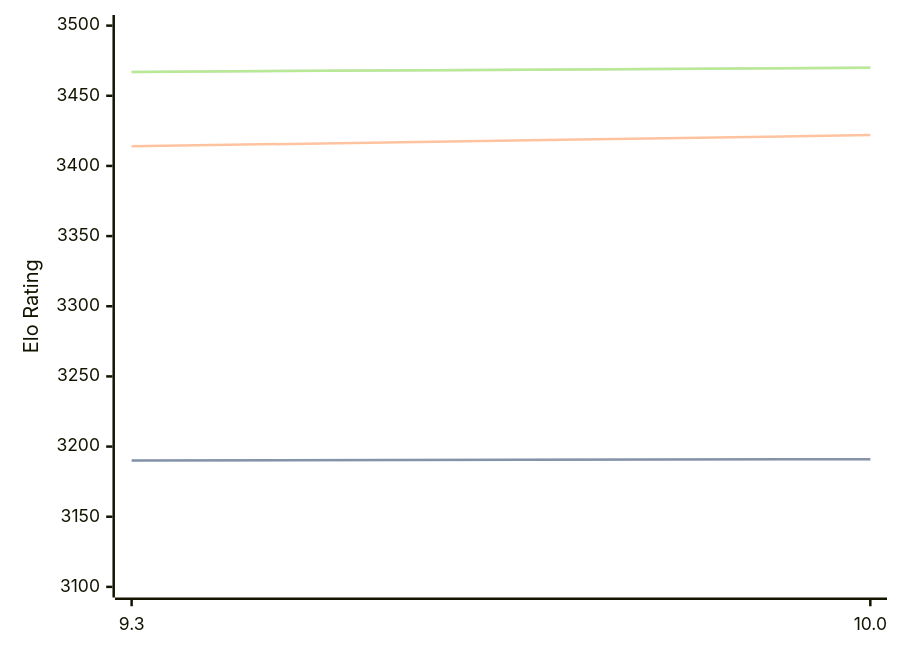
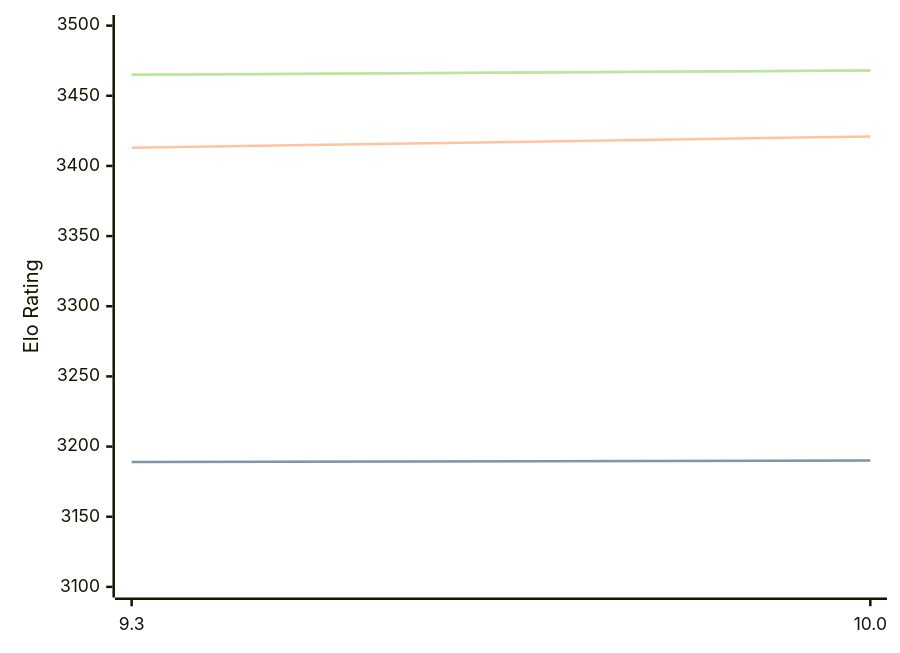
Before and after one commit to computer-chess-index/cci: the diagram in engines/Fire.md, drawn with Mermaid. The commit also changed other lines of this file, not shown here.

Commit message:
Update CCI Ratings (ELO VLTC) - 2026-03-08

````diff
--- a/engines/Fire.md
+++ b/engines/Fire.md
@@ -45,11 +45,11 @@
 ```mermaid
 %%{init: {"theme":"base","themeVariables":{"seriesColors:['#a3a3a3','#222221','#faa371']}}}%%
 xychart-beta
   x-axis ["9.3", "10.0"]
   y-axis "Elo Rating" 3100 --> 3500
-  line "STC (8.0+0.08s)" [3190, 3191]
-  line "STC (8.0+0.08s)" [3190, 3191]
-  line "LTC (60.0+0.60s)" [3414, 3422]
-  line "VLTC (2m24s+1.12s)" [3467, 3470]
-  line "VLTC (2m24s+1.12s)" [3467, 3470]
+  line "STC (8.0+0.08s)" [3189, 3190]
+  line "STC (8.0+0.08s)" [3189, 3190]
+  line "LTC (60.0+0.60s)" [3413, 3421]
+  line "VLTC (2m24s+1.12s)" [3465, 3468]
+  line "VLTC (2m24s+1.12s)" [3465, 3468]
 ```
````
